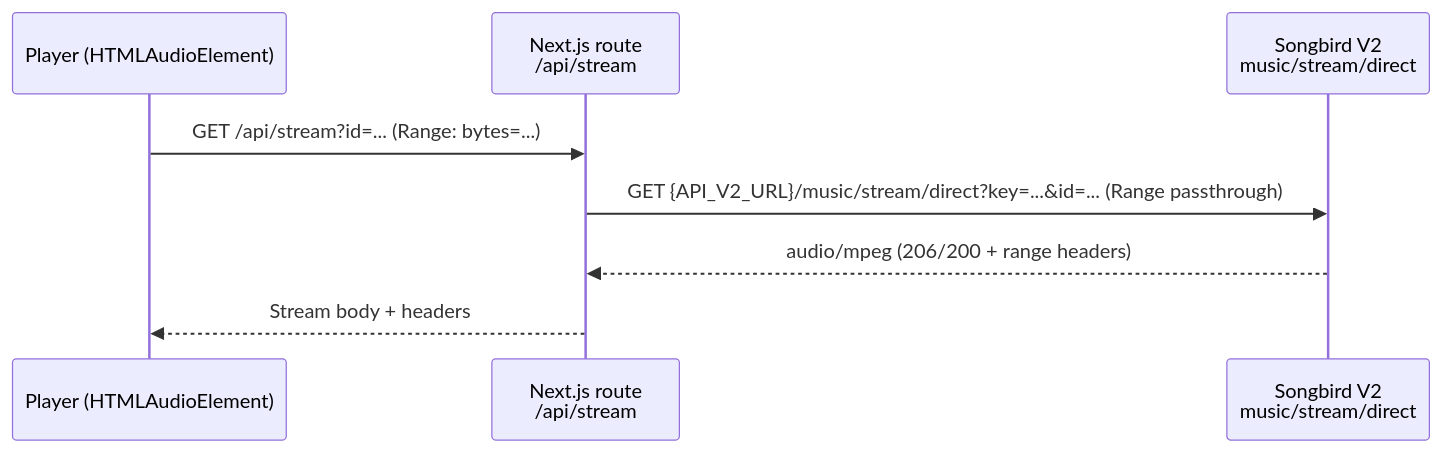
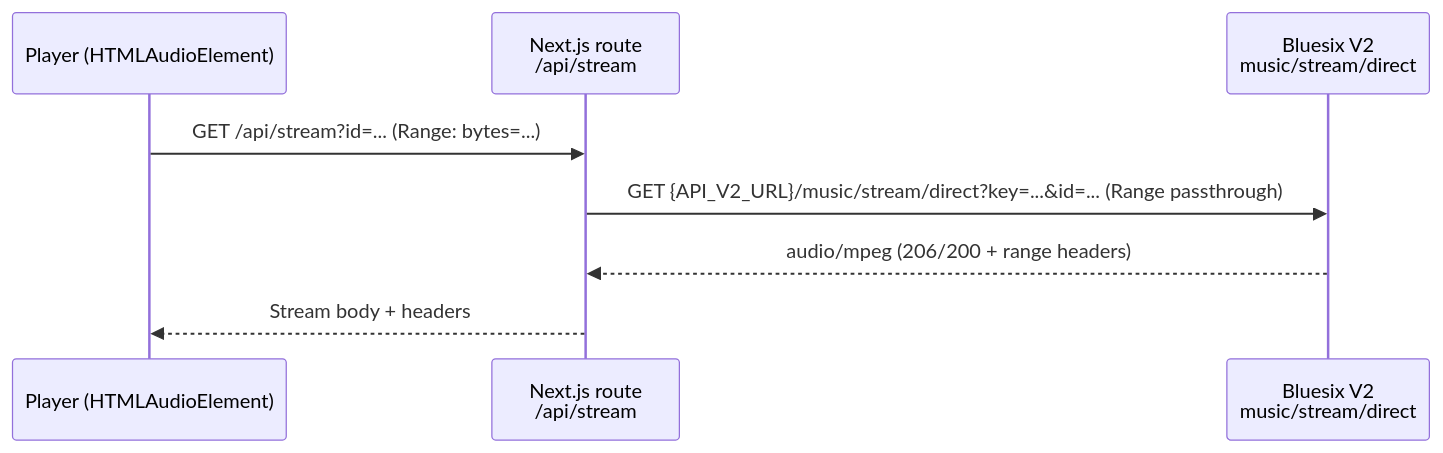
One commit to JensArnolds/songbird-player changed the third of 4 diagrams in docs/architecture.md. Above: the diagram before and after it, drawn with Mermaid. The commit also changed other lines of this file and 42 other files, not shown here.

First line of the commit message:
refactor: migrate from Songbird to Bluesix API integration

````diff
--- a/docs/architecture.md
+++ b/docs/architecture.md
@@ -74,11 +74,11 @@
 ```mermaid
 sequenceDiagram
   participant Player as Player (HTMLAudioElement)
   participant FE as Next.js route<br/>/api/stream
-  participant V2 as Songbird V2<br/>music/stream/direct
+  participant V2 as Bluesix V2<br/>music/stream/direct
 
   Player->>FE: GET /api/stream?id=... (Range: bytes=...)
   FE->>V2: GET {API_V2_URL}/music/stream/direct?key=...&id=... (Range passthrough)
   V2-->>FE: audio/mpeg (206/200 + range headers)
   FE-->>Player: Stream body + headers
 ```
````
